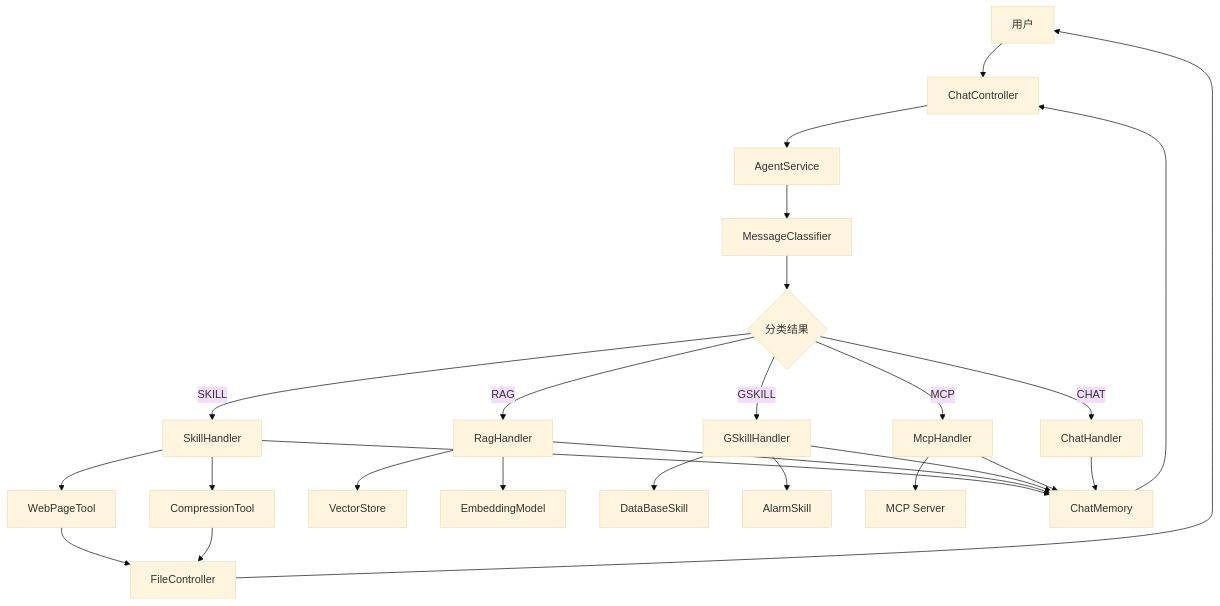
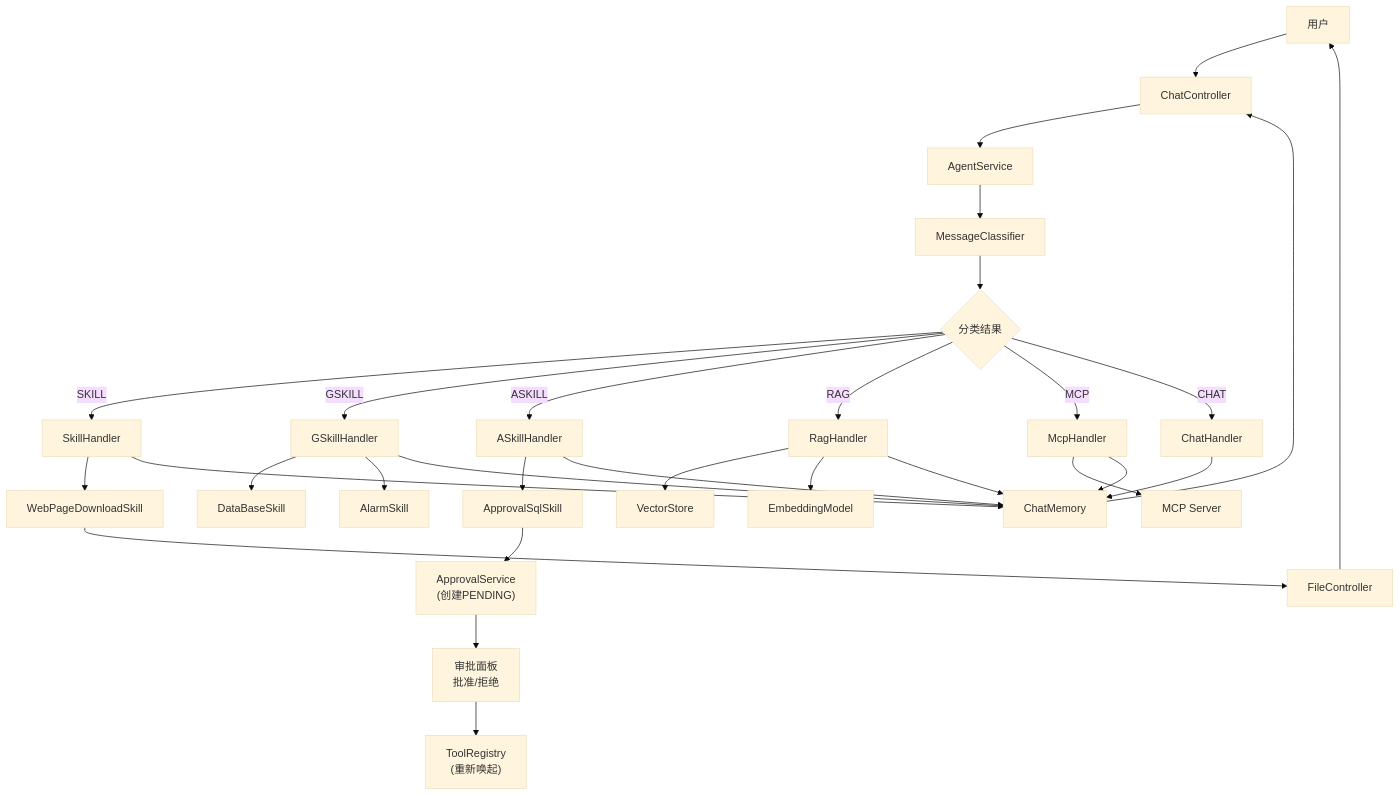
One commit to hdwang123/sagent changed the diagram in agentdemo/doc/agent-deep-dive.md. Above: the diagram before and after it, drawn with Mermaid (base theme). The commit also changed other lines of this file, not shown here.

````diff
--- a/agentdemo/doc/agent-deep-dive.md
+++ b/agentdemo/doc/agent-deep-dive.md
@@ -326,36 +446,41 @@
 ```mermaid
 flowchart TD
     U["用户"] --> C["ChatController"]
     C --> AS["AgentService"]
     AS --> MC["MessageClassifier"]
     MC --> D{"分类结果"}
     
     D -->|"SKILL"| SH["SkillHandler"]
-    SH --> WT["WebPageTool"]
-    SH --> CT["CompressionTool"]
+    SH --> WT["WebPageDownloadSkill"]
+    
+    D -->|"GSKILL"| GSH["GSkillHandler"]
+    GSH --> DB["DataBaseSkill"]
+    GSH --> AK["AlarmSkill"]
+    
+    D -->|"ASKILL"| AH["ASkillHandler"]
+    AH --> APS["ApprovalSqlSkill"]
+    APS --> APV["ApprovalService<br/>(创建PENDING)"]
+    APV --> UI["审批面板<br/>批准/拒绝"]
+    UI --> TR["ToolRegistry<br/>(重新唤起)"]
     
     D -->|"RAG"| RH["RagHandler"]
     RH --> VS["VectorStore"]
     RH --> EM["EmbeddingModel"]
-    
-    D -->|"GSKILL"| GSH["GSkillHandler"]
-    GSH --> DB["DataBaseSkill"]
-    GSH --> ASK["AlarmSkill"]
     
     D -->|"MCP"| MH["McpHandler"]
     MH --> MS["MCP Server"]
     
     D -->|"CHAT"| CH["ChatHandler"]
     
     WT --> FC["FileController"]
-    CT --> FC
     
     SH --> MEM["ChatMemory"]
+    AH --> MEM
     RH --> MEM
     GSH --> MEM
     MH --> MEM
     CH --> MEM
     
     MEM --> C
     FC --> U
 ```
````
